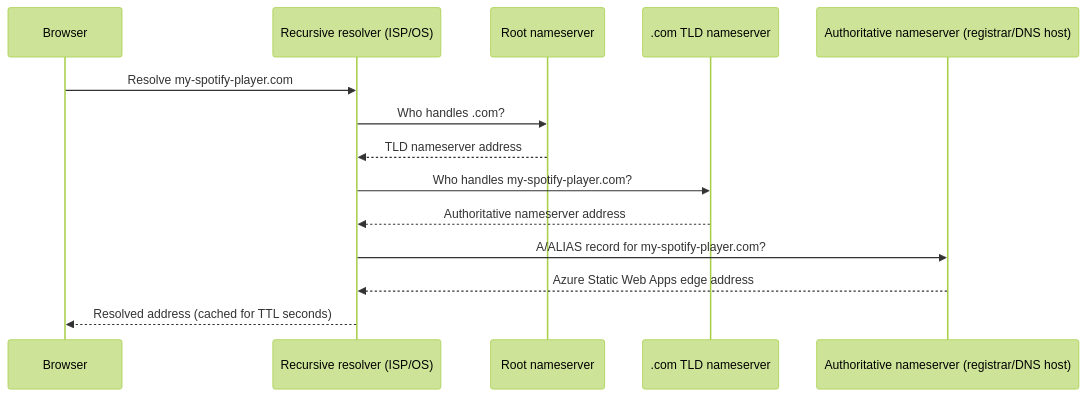
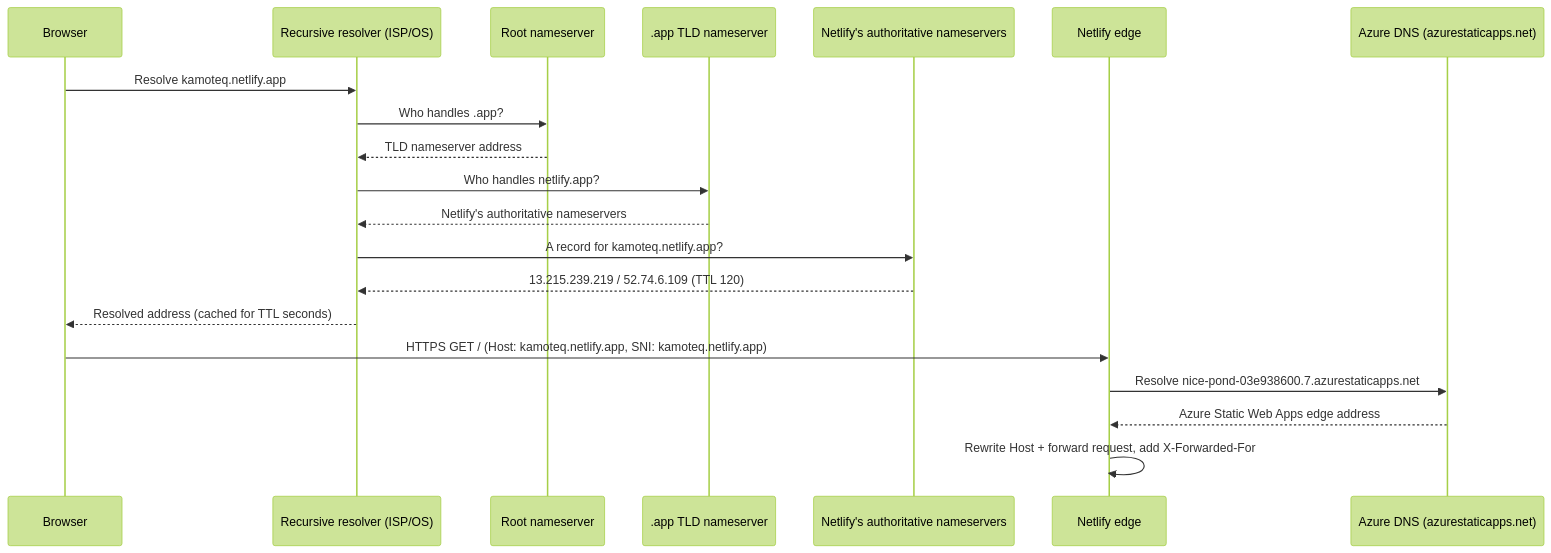
The first of 4 diagrams in FQDN_DNS_LAMP_INFRASTRUCTURE.md (13ntlent-afk/Mysp0tify), drawn with Mermaid (forest theme) before and after one commit. The commit also changed other lines of this file and 3 other files, not shown here.

First line of the commit message:
docs: document Netlify proxy front door at kamoteq.netlify.app

````diff
--- a/FQDN_DNS_LAMP_INFRASTRUCTURE.md
+++ b/FQDN_DNS_LAMP_INFRASTRUCTURE.md
@@ -61,17 +103,23 @@
 ```mermaid
 sequenceDiagram
     participant Browser
     participant Resolver as Recursive resolver (ISP/OS)
     participant Root as Root nameserver
-    participant TLD as .com TLD nameserver
-    participant Auth as Authoritative nameserver (registrar/DNS host)
+    participant TLD as .app TLD nameserver
+    participant Auth as Netlify's authoritative nameservers
+    participant NL as Netlify edge
+    participant AzDNS as Azure DNS (azurestaticapps.net)
 
-    Browser->>Resolver: Resolve my-spotify-player.com
-    Resolver->>Root: Who handles .com?
+    Browser->>Resolver: Resolve kamoteq.netlify.app
+    Resolver->>Root: Who handles .app?
     Root-->>Resolver: TLD nameserver address
-    Resolver->>TLD: Who handles my-spotify-player.com?
-    TLD-->>Resolver: Authoritative nameserver address
-    Resolver->>Auth: A/ALIAS record for my-spotify-player.com?
-    Auth-->>Resolver: Azure Static Web Apps edge address
+    Resolver->>TLD: Who handles netlify.app?
+    TLD-->>Resolver: Netlify's authoritative nameservers
+    Resolver->>Auth: A record for kamoteq.netlify.app?
+    Auth-->>Resolver: 13.215.239.219 / 52.74.6.109 (TTL 120)
     Resolver-->>Browser: Resolved address (cached for TTL seconds)
+    Browser->>NL: HTTPS GET / (Host: kamoteq.netlify.app, SNI: kamoteq.netlify.app)
+    NL->>AzDNS: Resolve nice-pond-03e938600.7.azurestaticapps.net
+    AzDNS-->>NL: Azure Static Web Apps edge address
+    NL->>NL: Rewrite Host + forward request, add X-Forwarded-For
 ```
````
